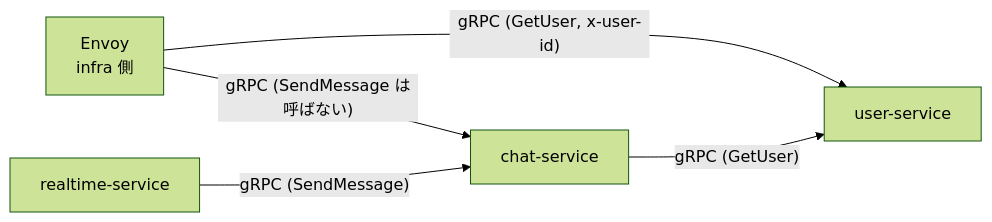
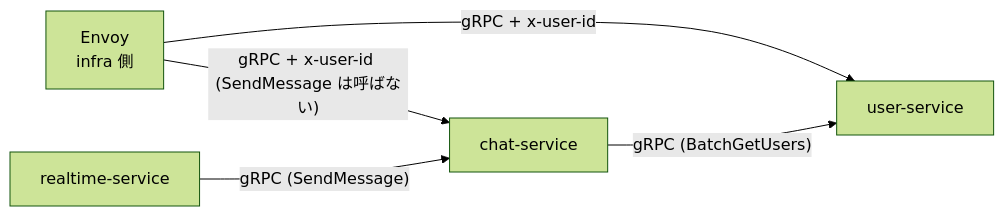
The first of 4 diagrams in docs/architecture/microservices.md (shunto-ishiguro/go-microservices-chat), drawn with Mermaid (forest theme) before and after one commit. The commit also changed other lines of this file and 7 other files, not shown here.

Commit message:
docs: Phase 1 実装に合わせて手順書とアーキ図を更新

````diff
--- a/docs/architecture/microservices.md
+++ b/docs/architecture/microservices.md
@@ -119,7 +119,7 @@
 ```mermaid
 graph LR
-    GW[Envoy<br/>infra 側] -->|"gRPC (GetUser, x-user-id)"| US[user-service]
-    GW -->|"gRPC (SendMessage は呼ばない)"| CS[chat-service]
+    GW[Envoy<br/>infra 側] -->|"gRPC + x-user-id"| US[user-service]
+    GW -->|"gRPC + x-user-id (SendMessage は呼ばない)"| CS[chat-service]
     RS[realtime-service] -->|"gRPC (SendMessage)"| CS
-    CS -->|"gRPC (GetUser)"| US
+    CS -->|"gRPC (BatchGetUsers)"| US
 ```
````
